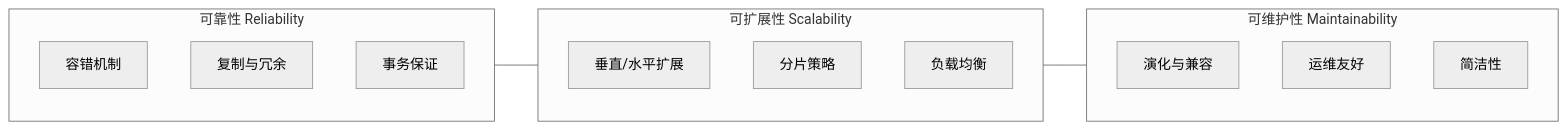
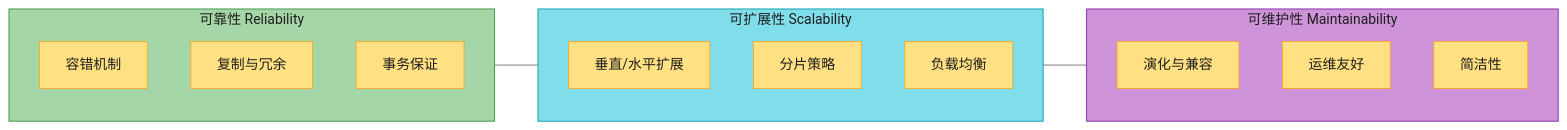
The third of 3 diagrams in README.md (socoo123/ddia_2nd), drawn with Mermaid (neutral theme) before and after one commit. The commit also changed other lines of this file and 5 other files, not shown here.

````diff
--- a/README.md
+++ b/README.md
@@ -51,22 +87,32 @@
 ```mermaid
-graph LR
+flowchart LR
     subgraph R["可靠性 Reliability"]
         R1["容错机制"]
         R2["复制与冗余"]
         R3["事务保证"]
     end
-
     subgraph S["可扩展性 Scalability"]
         S1["垂直/水平扩展"]
         S2["分片策略"]
         S3["负载均衡"]
     end
-
     subgraph M["可维护性 Maintainability"]
         M1["演化与兼容"]
         M2["运维友好"]
         M3["简洁性"]
     end
+    R --- S --- M
 
-    R --- S --- M
+    style R fill:#A5D6A7,stroke:#388E3C,color:#1f1f1f
+    style S fill:#80DEEA,stroke:#0097A7,color:#1f1f1f
+    style M fill:#CE93D8,stroke:#7B1FA2,color:#1f1f1f
+    style R1 fill:#FFE082,stroke:#F9A825,color:#1f1f1f
+    style R2 fill:#FFE082,stroke:#F9A825,color:#1f1f1f
+    style R3 fill:#FFE082,stroke:#F9A825,color:#1f1f1f
+    style S1 fill:#FFE082,stroke:#F9A825,color:#1f1f1f
+    style S2 fill:#FFE082,stroke:#F9A825,color:#1f1f1f
+    style S3 fill:#FFE082,stroke:#F9A825,color:#1f1f1f
+    style M1 fill:#FFE082,stroke:#F9A825,color:#1f1f1f
+    style M2 fill:#FFE082,stroke:#F9A825,color:#1f1f1f
+    style M3 fill:#FFE082,stroke:#F9A825,color:#1f1f1f
 ```
````
